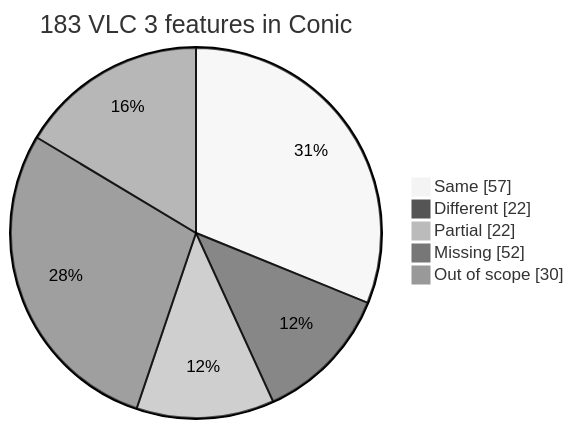
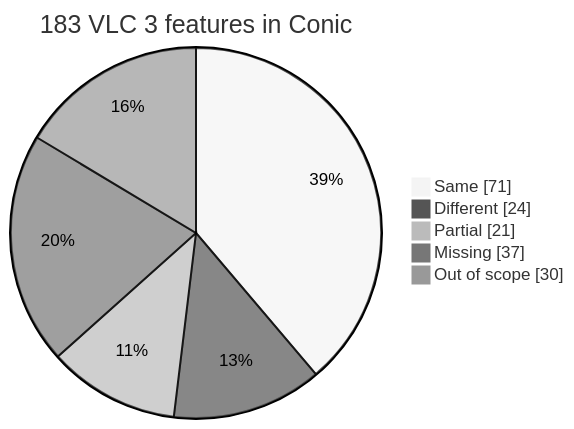
Before and after one commit to mfkl/conic: the diagram in README.md, drawn with Mermaid (neutral theme). The commit also changed other lines of this file and 2 other files, not shown here.

````diff
--- a/README.md
+++ b/README.md
@@ -41,9 +41,9 @@
 ```mermaid
 pie showData
     title 183 VLC 3 features in Conic
-    "Same" : 57
-    "Different" : 22
-    "Partial" : 22
-    "Missing" : 52
+    "Same" : 71
+    "Different" : 24
+    "Partial" : 21
+    "Missing" : 37
     "Out of scope" : 30
 ```
````
